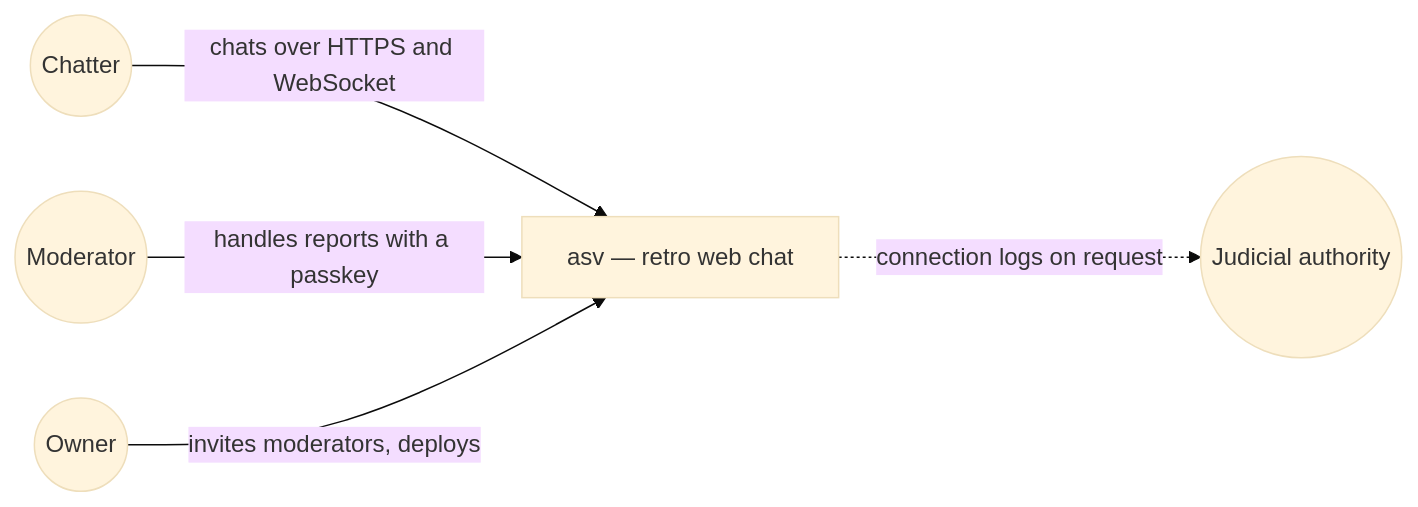
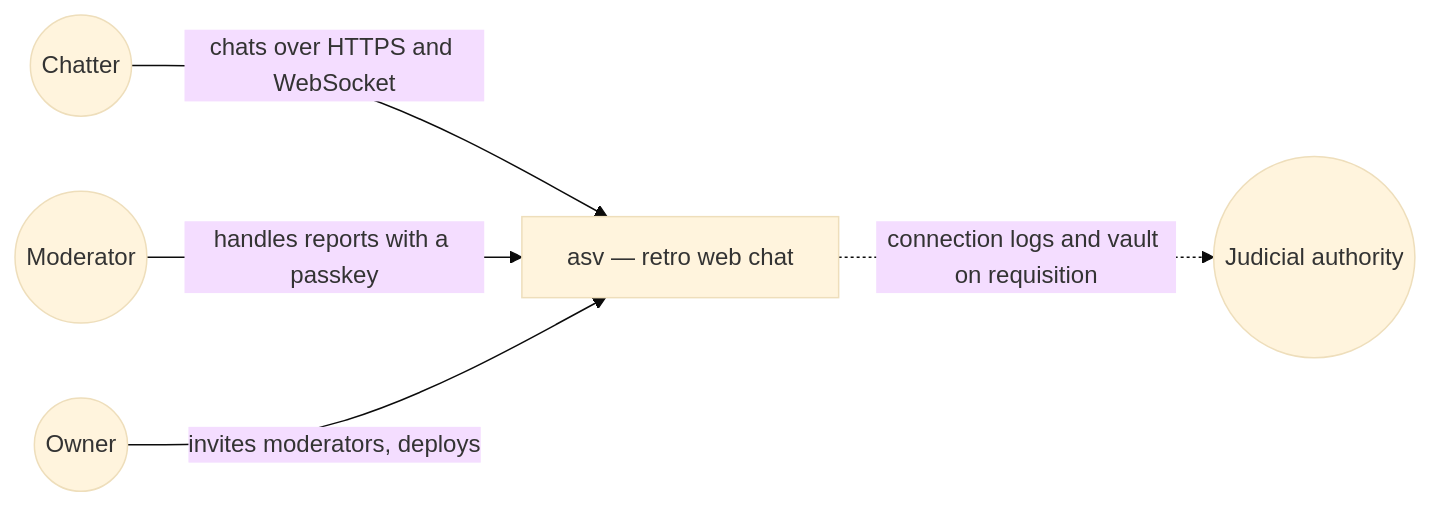
One commit to benoit-bremaud/asv changed the first of 2 diagrams in docs/architecture/README.md. Above: the diagram before and after it, drawn with Mermaid (base theme). The commit also changed other lines of this file and 41 other files, not shown here.

````diff
--- a/docs/architecture/README.md
+++ b/docs/architecture/README.md
@@ -26,12 +26,12 @@
 ```mermaid
 flowchart LR
   Chatter(("Chatter"))
   Moderator(("Moderator"))
   Owner(("Owner"))
   ASV["asv — retro web chat"]
   Authority(("Judicial authority"))
   Chatter -->|"chats over HTTPS and WebSocket"| ASV
   Moderator -->|"handles reports with a passkey"| ASV
   Owner -->|"invites moderators, deploys"| ASV
-  ASV -.->|"connection logs on request"| Authority
+  ASV -.->|"connection logs and vault on requisition"| Authority
 ```
````
